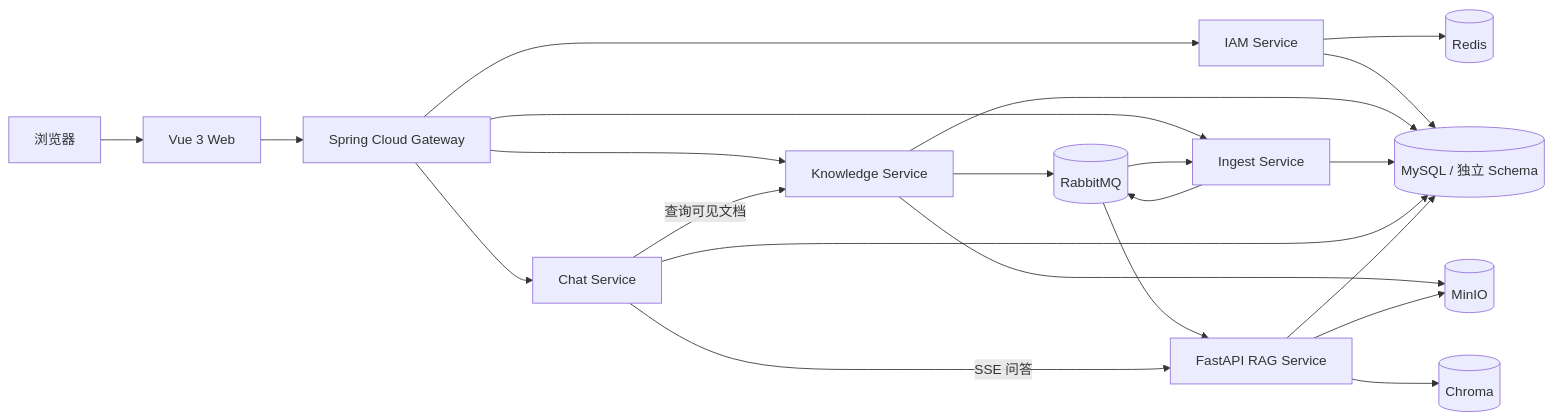
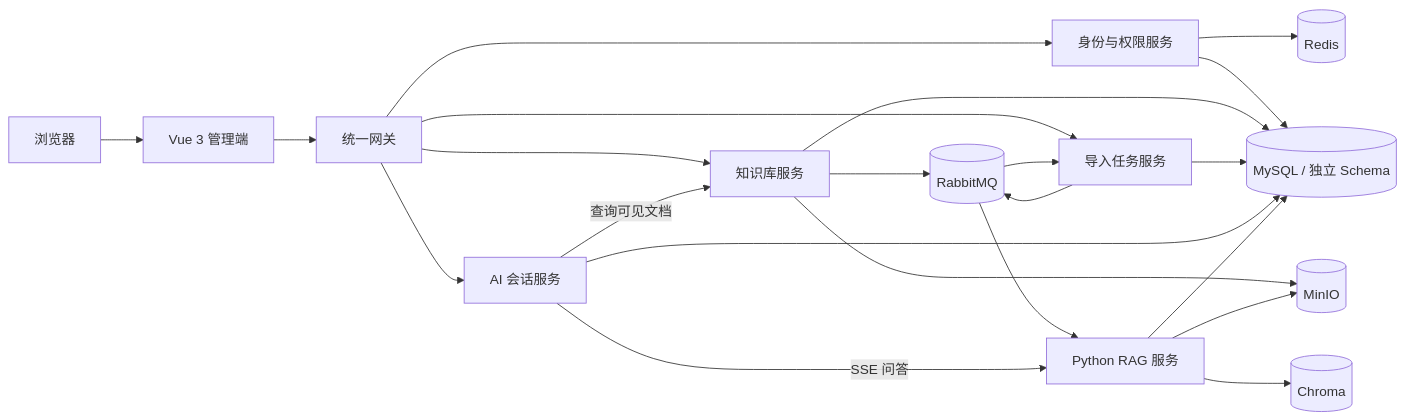
The diagram in README.md (YDL1111/DocBase-Microservices), drawn with Mermaid before and after one commit. The commit also changed other lines of this file and 19 other files, not shown here.

````diff
--- a/README.md
+++ b/README.md
@@ -39,28 +39,28 @@
 ```mermaid
 flowchart LR
-    User[浏览器] --> Web[Vue 3 Web]
-    Web --> Gateway[Spring Cloud Gateway]
+    User[浏览器] --> Web[Vue 3 管理端]
+    Web --> Gateway[统一网关]
 
-    Gateway --> IAM[IAM Service]
-    Gateway --> Knowledge[Knowledge Service]
-    Gateway --> Ingest[Ingest Service]
-    Gateway --> Chat[Chat Service]
+    Gateway --> IAM[身份与权限服务]
+    Gateway --> Knowledge[知识库服务]
+    Gateway --> Ingest[导入任务服务]
+    Gateway --> Chat[AI 会话服务]
 
     IAM --> Redis[(Redis)]
     Knowledge --> MinIO[(MinIO)]
     Knowledge --> MQ[(RabbitMQ)]
     MQ --> Ingest
     Ingest --> MQ
-    MQ --> RAG[FastAPI RAG Service]
+    MQ --> RAG[Python RAG 服务]
 
     Chat -->|查询可见文档| Knowledge
     Chat -->|SSE 问答| RAG
     RAG --> Chroma[(Chroma)]
     RAG --> MinIO
 
     IAM --> MySQL[(MySQL / 独立 Schema)]
     Knowledge --> MySQL
     Ingest --> MySQL
     Chat --> MySQL
     RAG --> MySQL
 ```
````
